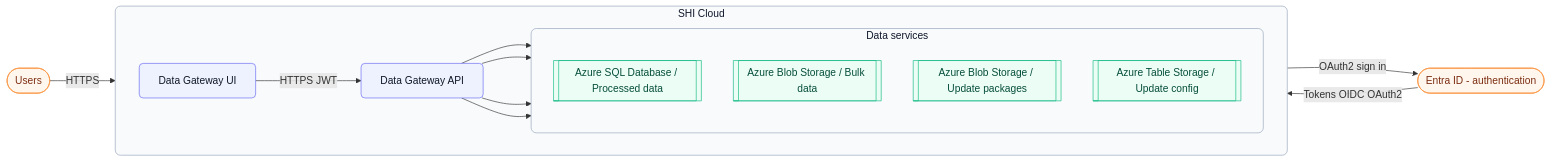
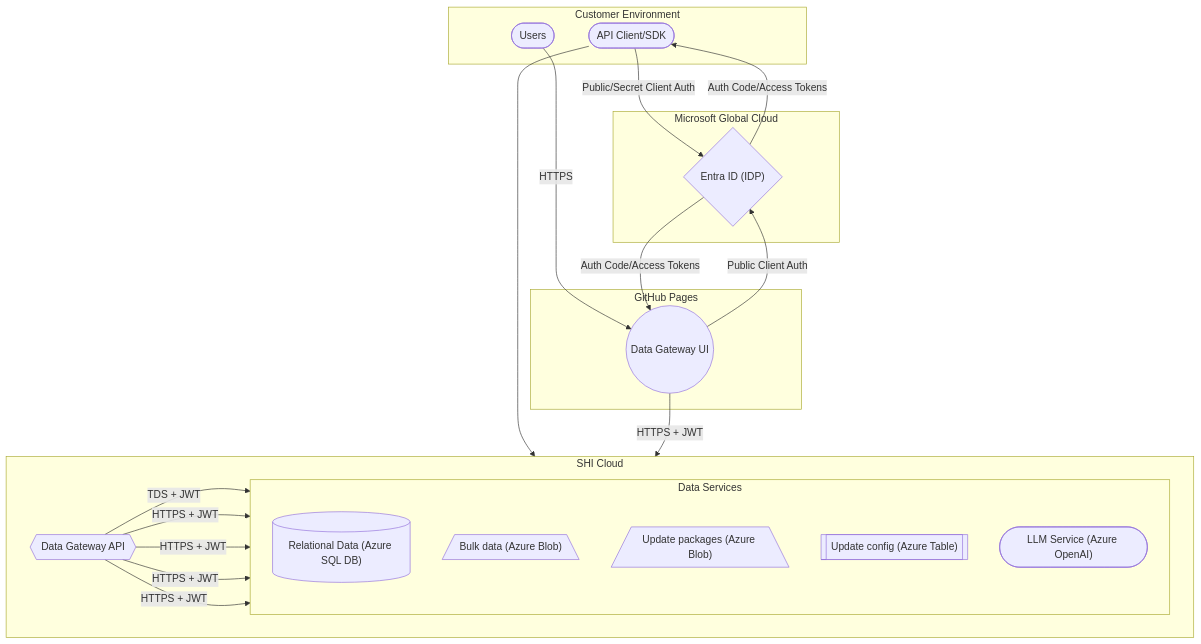
The first of 3 diagrams in docs/Data-Gateway/Architecture/Infrastructure.md (Software-Hardware-Integration-Lab/Documentation), drawn with Mermaid before and after one commit. The commit also changed other lines of this file, not shown here.

````diff
--- a/docs/Data-Gateway/Architecture/Infrastructure.md
+++ b/docs/Data-Gateway/Architecture/Infrastructure.md
@@ -9,47 +9,50 @@
 ```mermaid
-flowchart LR
+flowchart TD
 
-  %% External actors (stadium)
-  U([Users]):::external
-  IDP([Entra ID - authentication]):::external
+  %% Entra ID Trust Boundary
+  subgraph CustomerTrustBoundary[Customer Environment]
+    Client(["API Client/SDK"])
+    Users([Users])
+  end
+
+  %% Entra ID Trust Boundary
+  subgraph EntraTrustBoundary[Microsoft Global Cloud]
+    Entra{"Entra ID (IDP)"}
+  end
+
+  %% GitHub Trust Boundary
+  subgraph GitHubTrustBoundary[GitHub Pages]
+    Dashboard((Data Gateway UI))
+  end
 
   %% SHI Cloud trust boundary
-  subgraph CLOUD[SHI Cloud]
+  subgraph ShiTrustBoundary[SHI Cloud]
     direction LR
 
-    %% Application components
-    UI[Data Gateway UI]:::component
-    API[Data Gateway API]:::component
+    API{{Data Gateway API}}
 
     %% Data services
-    subgraph DATA[Data services]
+    subgraph DataStorage[Data Services]
       direction TB
-      SQL[["Azure SQL Database / Processed data"]]:::datastore
-      BULK[["Azure Blob Storage / Bulk data"]]:::datastore
-      UPKG[["Azure Blob Storage / Update packages"]]:::datastore
-      ATAB[["Azure Table Storage / Update config"]]:::datastore
+      AzSql[("Relational Data (Azure SQL DB)")]
+      GeneralBlob[/"Bulk data (Azure Blob)"\]
+      UpdateBlob[/"Update packages (Azure Blob)"\]
+      AzTable[["Update config (Azure Table)"]]
+      OpenAi(["LLM Service (Azure OpenAI)"])
     end
   end
 
-  %% Data flows
-  U -->|HTTPS| UI
-  UI -->|OAuth2 sign in| IDP
-  IDP -->|Tokens OIDC OAuth2| UI
-  UI -->|HTTPS JWT| API
-  API --> SQL
-  API --> BULK
-  API --> UPKG
-  API --> ATAB
-
-  %% Styling
-  classDef boundary  fill:#f8fafc,stroke:#94a3b8,stroke-width:1px,rx:8,ry:8,color:#0f172a;
-  classDef component fill:#eef2ff,stroke:#6366f1,stroke-width:1px,rx:6,ry:6,color:#111827;
-  classDef datastore fill:#ecfdf5,stroke:#10b981,stroke-width:1px,rx:6,ry:6,color:#064e3b;
-  classDef external  fill:#fff7ed,stroke:#fb923c,stroke-width:1px,rx:18,ry:18,color:#7c2d12;
-
-  class CLOUD boundary
-  class DATA boundary
-  class UI,API component
-  class SQL,BULK,UPKG,ATAB datastore
-  class U,IDP external
+  %% Relationships
+  Users --> | HTTPS | Dashboard
+  Client --> | Public/Secret Client Auth | Entra
+  Entra --> | Auth Code/Access Tokens | Client
+  Client --> API
+  Dashboard --> | Public Client Auth | Entra
+  Entra --> | Auth Code/Access Tokens | Dashboard
+  Dashboard --> | HTTPS + JWT | API
+  API --> | TDS + JWT | AzSql
+  API --> | HTTPS + JWT | GeneralBlob
+  API --> | HTTPS + JWT | UpdateBlob
+  API --> | HTTPS + JWT | AzTable
+  API --> | HTTPS + JWT | OpenAi
 ```
````
